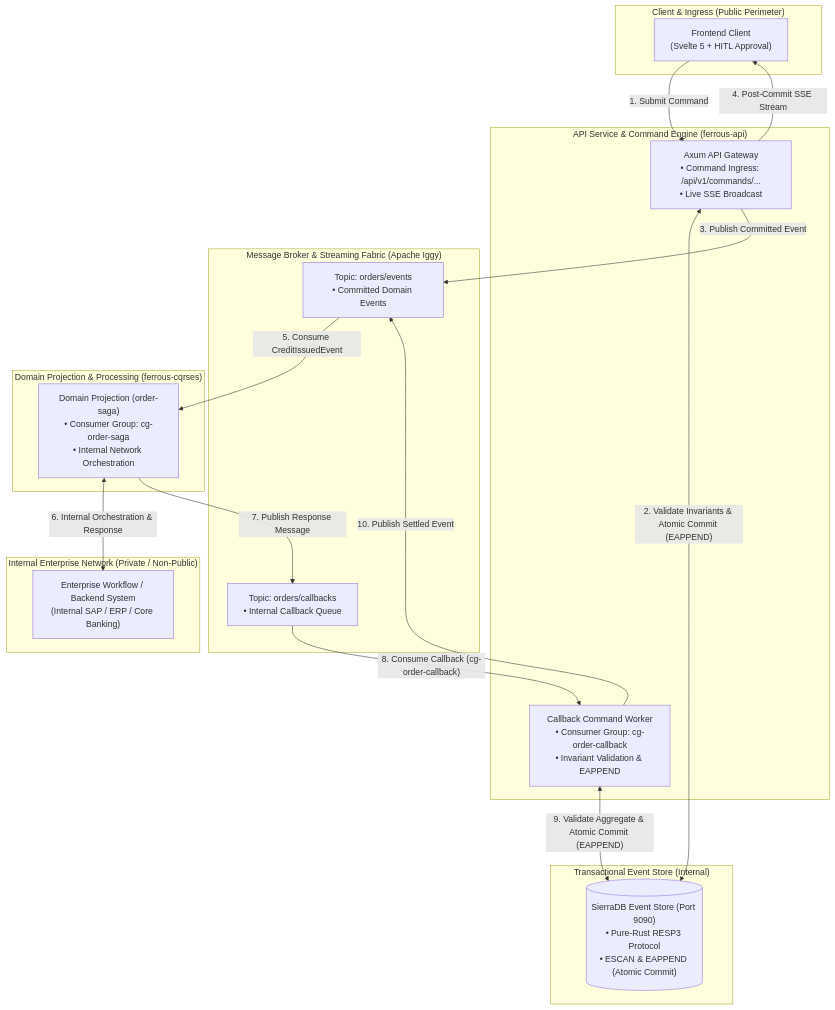
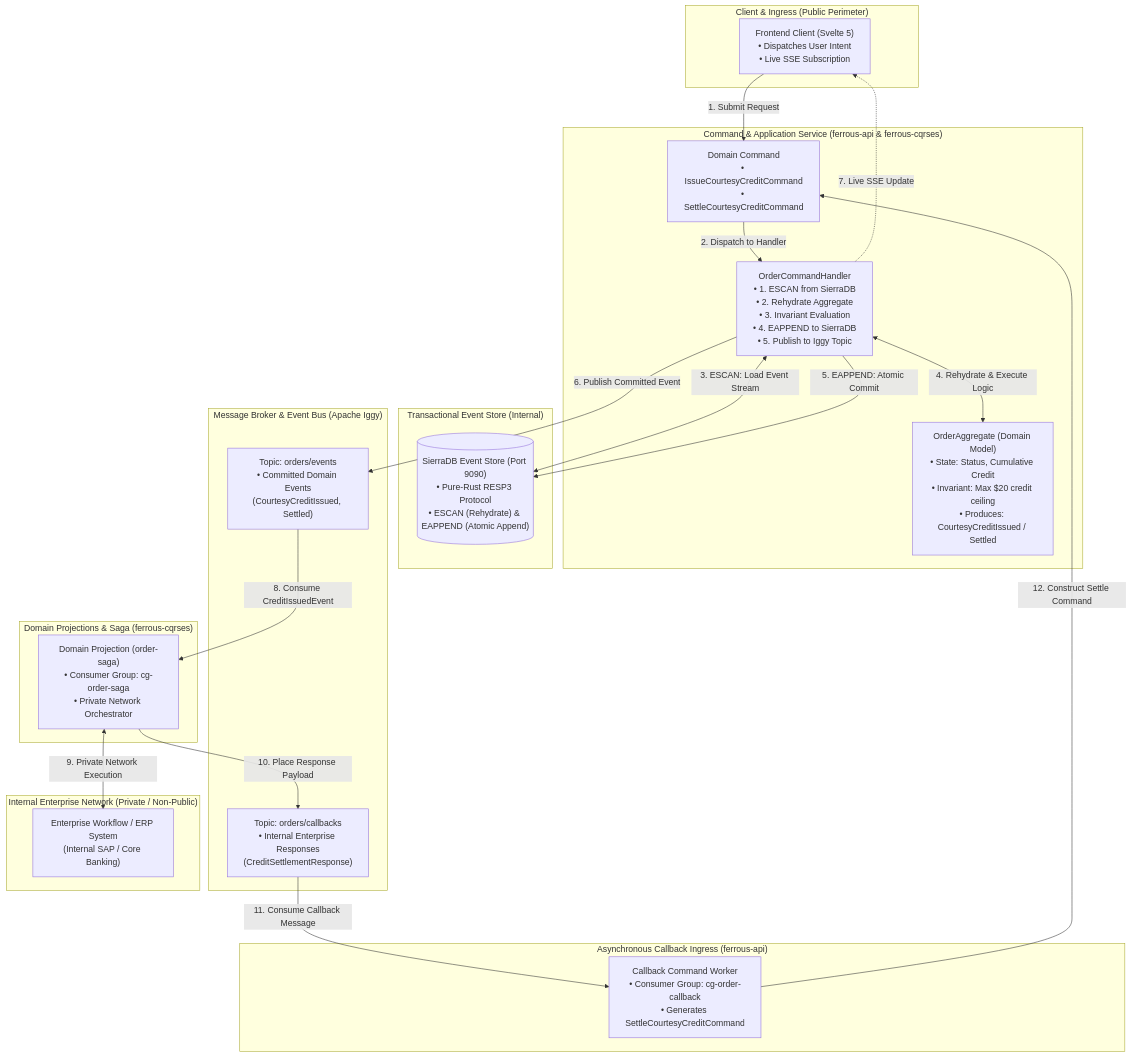
One commit to reidlai/ferrous-cx changed the first of 2 diagrams in README.md. Above: the diagram before and after it, drawn with Mermaid. The commit also changed other lines of this file, not shown here.

Commit message:
docs(architecture): clarify Command, Command Handler, Aggregate, and Projection collaboration

````diff
--- a/README.md
+++ b/README.md
@@ -40,44 +42,57 @@
 ```mermaid
 flowchart TD
-    subgraph Client_Layer ["Client & Ingress (Public Perimeter)"]
-        Client["Frontend Client<br/>(Svelte 5 + HITL Approval)"]
+    subgraph Client_Tier ["Client & Ingress (Public Perimeter)"]
+        Client["Frontend Client (Svelte 5)<br/>• Dispatches User Intent<br/>• Live SSE Subscription"]
     end
 
-    subgraph API_Gateway ["API Service & Command Engine (ferrous-api)"]
-        ApiService["Axum API Gateway<br/>• Command Ingress: /api/v1/commands/...<br/>• Live SSE Broadcast"]
-        CallbackService["Callback Command Worker<br/>• Consumer Group: cg-order-callback<br/>• Invariant Validation & EAPPEND"]
+    subgraph Command_Tier ["Command & Application Service (ferrous-api & ferrous-cqrses)"]
+        Command["Domain Command<br/>• IssueCourtesyCreditCommand<br/>• SettleCourtesyCreditCommand"]
+        CommandHandler["OrderCommandHandler<br/>• 1. ESCAN from SierraDB<br/>• 2. Rehydrate Aggregate<br/>• 3. Invariant Evaluation<br/>• 4. EAPPEND to SierraDB<br/>• 5. Publish to Iggy Topic"]
+        Aggregate["OrderAggregate (Domain Model)<br/>• State: Status, Cumulative Credit<br/>• Invariant: Max $20 credit ceiling<br/>• Produces: CourtesyCreditIssued / Settled"]
     end
 
-    subgraph Event_Store ["Transactional Event Store (Internal)"]
-        SierraDB[("SierraDB Event Store (Port 9090)<br/>• Pure-Rust RESP3 Protocol<br/>• ESCAN & EAPPEND (Atomic Commit)")]
+    subgraph Storage_Tier ["Transactional Event Store (Internal)"]
+        SierraDB[("SierraDB Event Store (Port 9090)<br/>• Pure-Rust RESP3 Protocol<br/>• ESCAN (Rehydrate) & EAPPEND (Atomic Append)")]
     end
 
-    subgraph Event_Bus ["Message Broker & Streaming Fabric (Apache Iggy)"]
-        IggyEvents["Topic: orders/events<br/>• Committed Domain Events"]
-        IggyCallbacks["Topic: orders/callbacks<br/>• Internal Callback Queue"]
+    subgraph Streaming_Fabric ["Message Broker & Event Bus (Apache Iggy)"]
+        IggyEvents["Topic: orders/events<br/>• Committed Domain Events<br/>(CourtesyCreditIssued, Settled)"]
+        IggyCallbacks["Topic: orders/callbacks<br/>• Internal Enterprise Responses<br/>(CreditSettlementResponse)"]
     end
 
-    subgraph Internal_Processing ["Domain Projection & Processing (ferrous-cqrses)"]
-        DomainProjection["Domain Projection (order-saga)<br/>• Consumer Group: cg-order-saga<br/>• Internal Network Orchestration"]
+    subgraph Projection_Tier ["Domain Projections & Saga (ferrous-cqrses)"]
+        DomainProjection["Domain Projection (order-saga)<br/>• Consumer Group: cg-order-saga<br/>• Private Network Orchestrator"]
     end
 
-    subgraph Internal_Enterprise ["Internal Enterprise Network (Private / Non-Public)"]
-        EnterpriseWorkflow["Enterprise Workflow / Backend System<br/>(Internal SAP / ERP / Core Banking)"]
+    subgraph Enterprise_Tier ["Internal Enterprise Network (Private / Non-Public)"]
+        EnterpriseWorkflow["Enterprise Workflow / ERP System<br/>(Internal SAP / Core Banking)"]
     end
 
-    %% Command Lifecycle Flow
-    Client -->|"1. Submit Command"| ApiService
-    ApiService <-->|"2. Validate Invariants & Atomic Commit (EAPPEND)"| SierraDB
-    ApiService -->|"3. Publish Committed Event"| IggyEvents
-    ApiService -->|"4. Post-Commit SSE Stream"| Client
+    subgraph Callback_Loop ["Asynchronous Callback Ingress (ferrous-api)"]
+        CallbackWorker["Callback Command Worker<br/>• Consumer Group: cg-order-callback<br/>• Generates SettleCourtesyCreditCommand"]
+    end
 
-    %% Domain Projection Internal Orchestration
-    IggyEvents -->|"5. Consume CreditIssuedEvent"| DomainProjection
-    DomainProjection <-->|"6. Internal Orchestration & Response"| EnterpriseWorkflow
+    %% Step 1: User Command Ingestion
+    Client -->|"1. Submit Request"| Command
+    Command -->|"2. Dispatch to Handler"| CommandHandler
 
-    %% Internal Queue Callback Flow
-    DomainProjection -->|"7. Publish Response Message"| IggyCallbacks
-    IggyCallbacks -->|"8. Consume Callback (cg-order-callback)"| CallbackService
-    CallbackService <-->|"9. Validate Aggregate & Atomic Commit (EAPPEND)"| SierraDB
-    CallbackService -->|"10. Publish Settled Event"| IggyEvents
+    %% Step 2: Rehydration & Invariant Check
+    CommandHandler <-->|"3. ESCAN: Load Event Stream"| SierraDB
+    CommandHandler <-->|"4. Rehydrate & Execute Logic"| Aggregate
+
+    %% Step 3: Atomic Commit & Bus Emission
+    CommandHandler -->|"5. EAPPEND: Atomic Commit"| SierraDB
+    CommandHandler -->|"6. Publish Committed Event"| IggyEvents
+    CommandHandler -.->|"7. Live SSE Update"| Client
+
+    %% Step 4: Domain Projection Consumption
+    IggyEvents -->|"8. Consume CreditIssuedEvent"| DomainProjection
+    DomainProjection <-->|"9. Private Network Execution"| EnterpriseWorkflow
+
+    %% Step 5: Callback Queue Placement
+    DomainProjection -->|"10. Place Response Payload"| IggyCallbacks
+
+    %% Step 6: Callback to Command Loop
+    IggyCallbacks -->|"11. Consume Callback Message"| CallbackWorker
+    CallbackWorker -->|"12. Construct Settle Command"| Command
 ```
````
